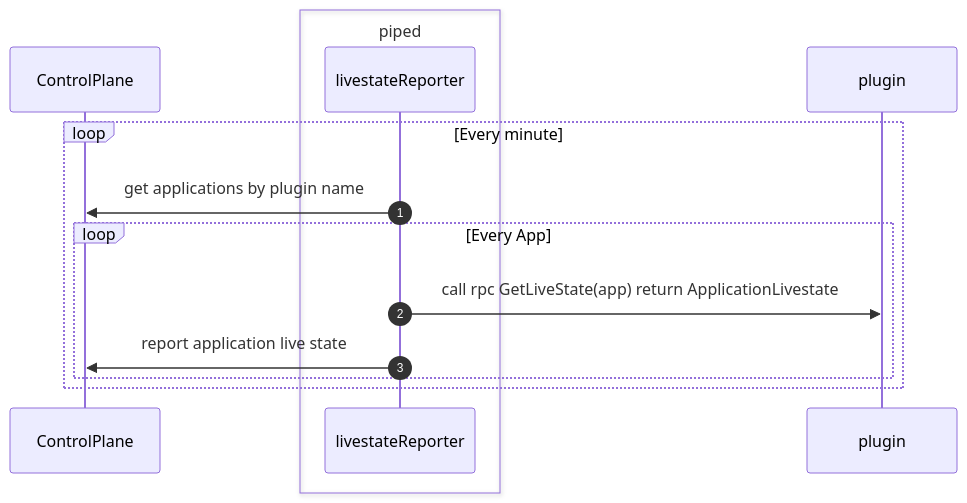
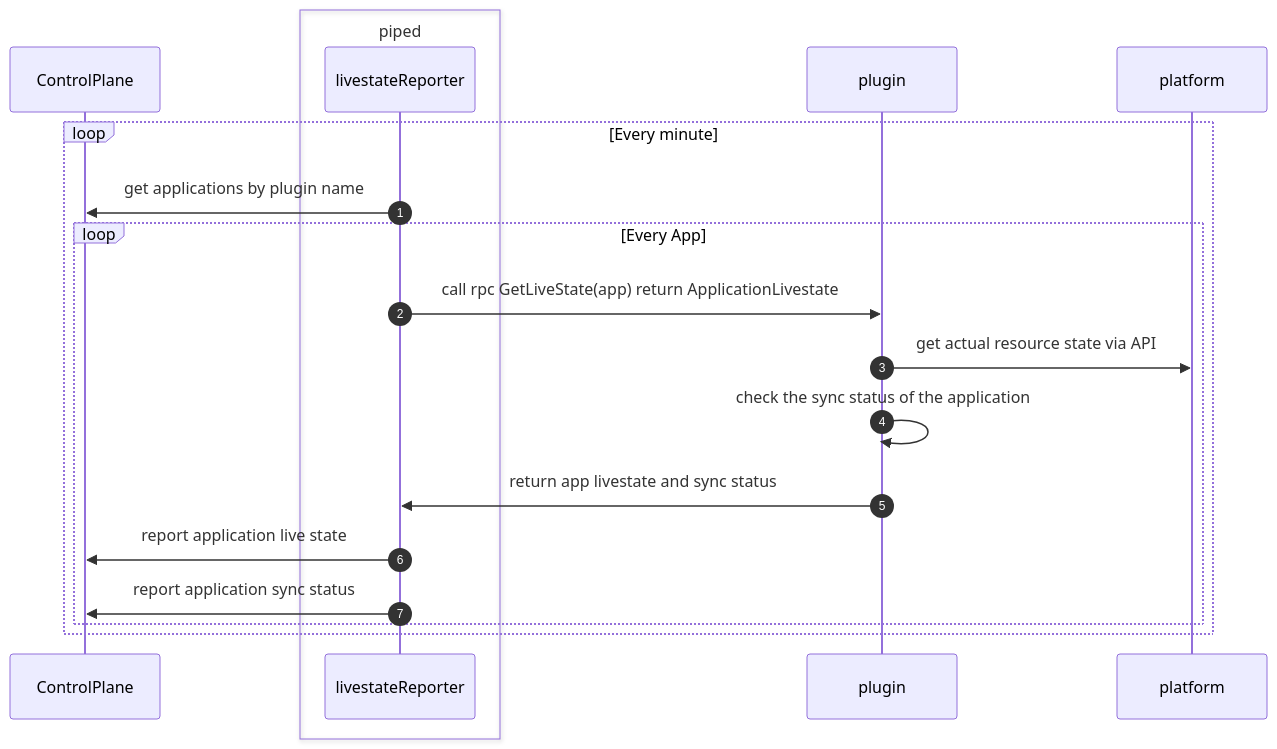
One commit to pipe-cd/pipecd changed the diagram in docs/rfcs/0016-livestate-feature-for-plugin-architecture.md. Above: the diagram before and after it, drawn with Mermaid. The commit also changed other lines of this file, not shown here.

Commit message:
Update rfc for the livestate feature

````diff
--- a/docs/rfcs/0016-livestate-feature-for-plugin-architecture.md
+++ b/docs/rfcs/0016-livestate-feature-for-plugin-architecture.md
@@ -54,17 +63,22 @@
 ```mermaid
 sequenceDiagram
 		autonumber
 		participant  cp as ControlPlane
     box piped
     participant lr as livestateReporter
     end
     participant  plugin as plugin
+    participant  platform as platform
 
     loop Every minute
         lr->>cp: get applications by plugin name
         loop Every App
 	        lr->>plugin: call rpc GetLiveState(app) return ApplicationLivestate
+	        plugin->>platform: get actual resource state via API
+	        plugin->>plugin: check the sync status of the application
+	        plugin->>lr: return app livestate and sync status
 	        lr->>cp: report application live state
+	        lr->>cp: report application sync status
 		    end
     end
 ```
````
